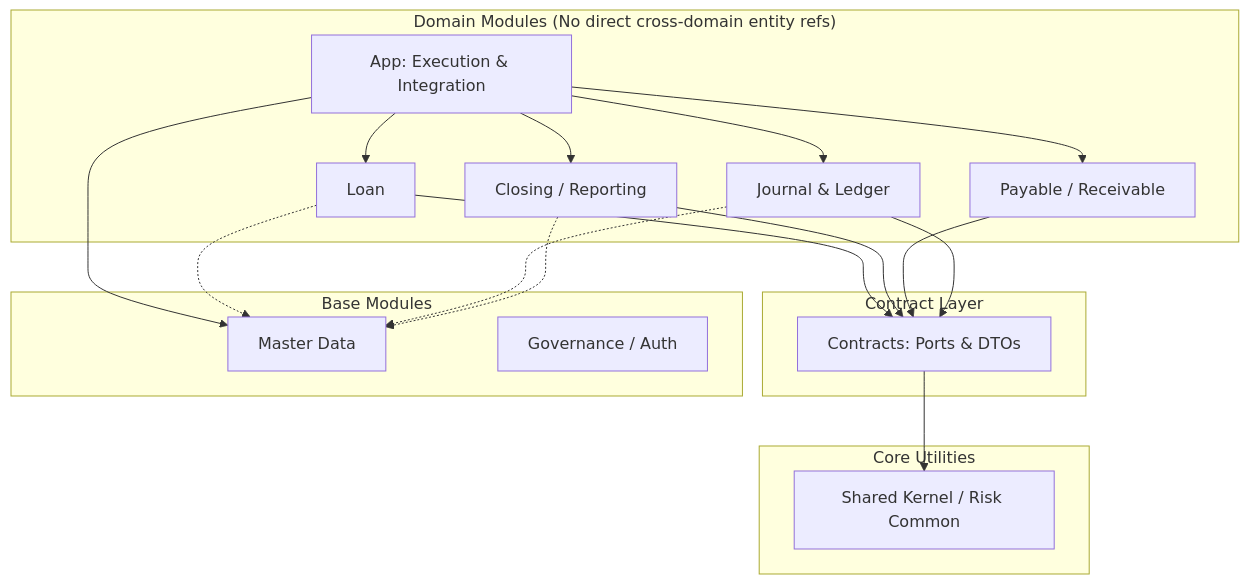
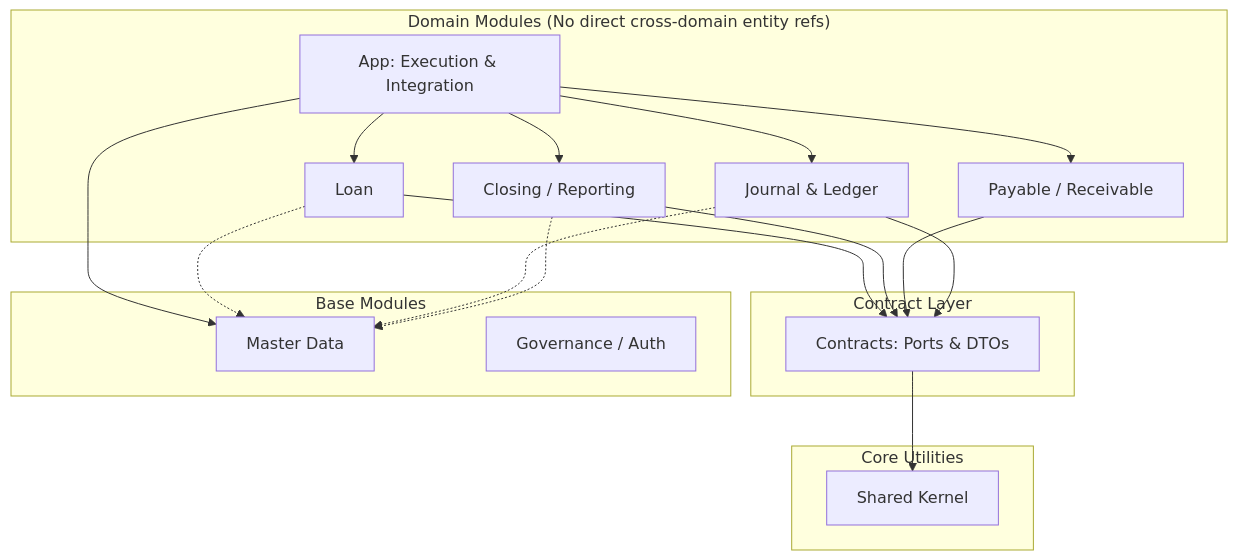
The second of 2 diagrams in docs/ARCHITECTURE.md (skyg547/account), drawn with Mermaid before and after one commit. The commit also changed other lines of this file and 673 other files, not shown here.

````diff
--- a/docs/ARCHITECTURE.md
+++ b/docs/ARCHITECTURE.md
@@ -32,40 +74,40 @@
 ```mermaid
 flowchart TD
     subgraph "Domain Modules (No direct cross-domain entity refs)"
         APP[App: Execution & Integration]
         LOAN[Loan]
         CLOSING[Closing / Reporting]
         PAYABLE[Payable / Receivable]
         LEDGER[Journal & Ledger]
     end
     
     subgraph "Contract Layer"
         PORTS[Contracts: Ports & DTOs]
     end
     
     subgraph "Base Modules"
         MASTER[Master Data]
         GOV[Governance / Auth]
     end
     
     subgraph "Core Utilities"
-        SHARED[Shared Kernel / Risk Common]
+        SHARED[Shared Kernel]
     end
 
     APP --> LOAN
     APP --> CLOSING
     APP --> PAYABLE
     APP --> LEDGER
     APP --> MASTER
 
     LOAN --> PORTS
     CLOSING --> PORTS
     PAYABLE --> PORTS
     LEDGER --> PORTS
     
     PORTS --> SHARED
     
     LOAN -.-> MASTER
     LEDGER -.-> MASTER
     CLOSING -.-> MASTER
 ```
````
